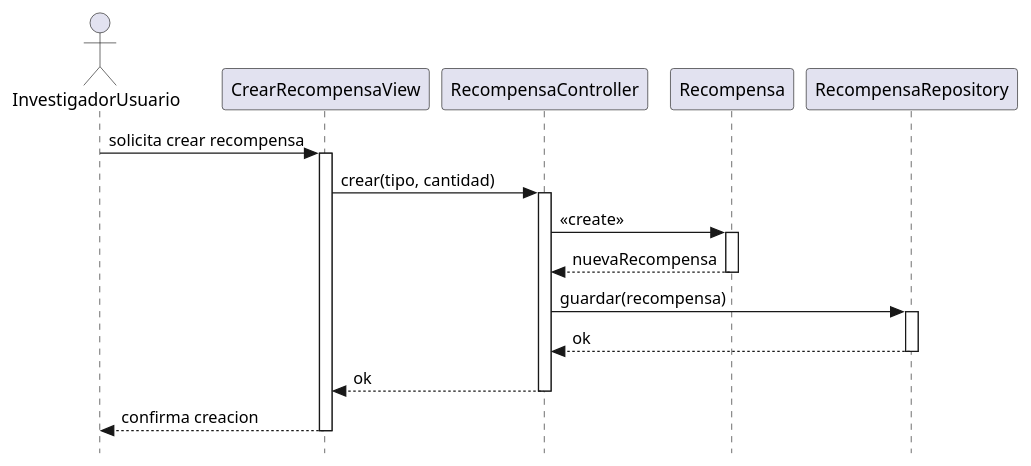
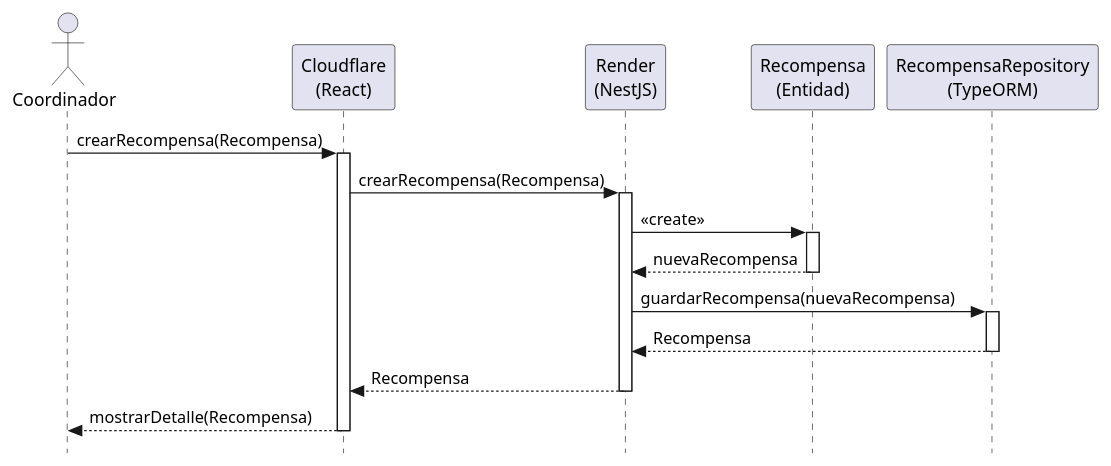
The diagram in modelosUML/diseño/casosDeUsos/crearRecompensa/crearRecompensa.puml (manuelmunoz8/25-26-idsw2-sdVC), drawn with PlantUML before and after one commit. The commit also changed 37 other files, not shown here.

Commit message:
fix: flujo y entidades de diagramas

```diff
--- a/modelosUML/diseño/casosDeUsos/crearRecompensa/crearRecompensa.puml
+++ b/modelosUML/diseño/casosDeUsos/crearRecompensa/crearRecompensa.puml
@@ -1,26 +1,35 @@
 @startuml crearRecompensa
 skinparam style strictuml
+skinparam backgroundColor white
+skinparam shadowing false
 
-actor InvestigadorUsuario as User
-participant "CrearRecompensaView" as View
-participant "RecompensaController" as Controller
-participant "Recompensa" as Entidad
-participant "RecompensaRepository" as Repository
+actor Coordinador
+participant "Cloudflare\n(React)" as View
+participant "Render\n(NestJS)" as Controller
+participant "Recompensa\n(Entidad)" as Entidad
+participant "RecompensaRepository\n(TypeORM)" as Repository
 
-User -> View: solicita crear recompensa
+Coordinador -> View: crearRecompensa(Recompensa)
 activate View
-View -> Controller: crear(tipo, cantidad)
+
+View -> Controller: crearRecompensa(Recompensa)
 activate Controller
+
 Controller -> Entidad: <<create>>
 activate Entidad
+
 Entidad --> Controller: nuevaRecompensa
 deactivate Entidad
-Controller -> Repository: guardar(recompensa)
+
+Controller -> Repository: guardarRecompensa(nuevaRecompensa)
 activate Repository
-Repository --> Controller: ok
+
+Repository --> Controller: Recompensa
 deactivate Repository
-Controller --> View: ok
+
+Controller --> View: Recompensa
 deactivate Controller
-View --> User: confirma creacion
+
+View --> Coordinador: mostrarDetalle(Recompensa)
 deactivate View
 @enduml
```
